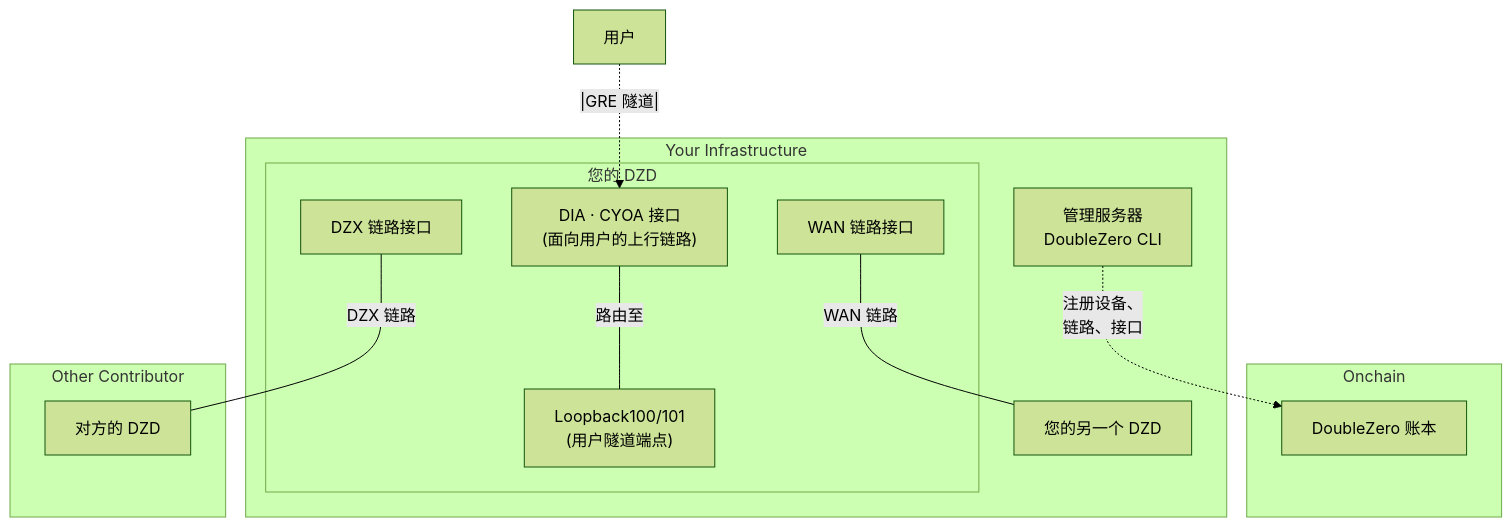
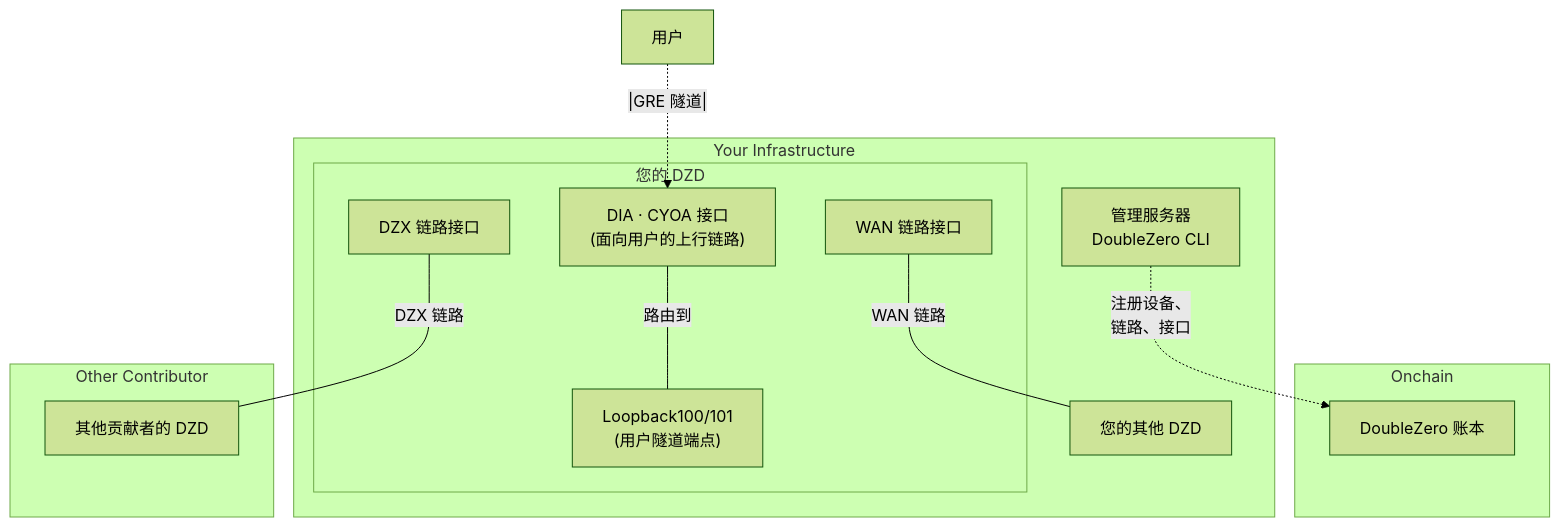
The first of 9 diagrams in docs/contribute-provisioning.zh.md (malbeclabs/docs), drawn with Mermaid (forest theme) before and after one commit. The commit also changed other lines of this file and 27 other files, not shown here.

````diff
--- a/docs/contribute-provisioning.zh.md
+++ b/docs/contribute-provisioning.zh.md
@@ -50,29 +50,29 @@
 ```mermaid
 flowchart TB
     subgraph Onchain
         SC[DoubleZero 账本]
     end
 
     subgraph Your Infrastructure
         MGMT[管理服务器<br/>DoubleZero CLI]
         subgraph DZD[您的 DZD]
             CYOA["DIA · CYOA 接口<br/>(面向用户的上行链路)"]
             WAN_INTF["WAN 链路接口"]
             DZX_INTF["DZX 链路接口"]
             LO100["Loopback100/101<br/>(用户隧道端点)"]
         end
-        DZD2[您的另一个 DZD]
+        DZD2[您的其他 DZD]
     end
 
     subgraph Other Contributor
-        OtherDZD[对方的 DZD]
+        OtherDZD[其他贡献者的 DZD]
     end
 
     USERS["用户"]
 
     MGMT -.->|注册设备、<br/>链路、接口| SC
     WAN_INTF ---|WAN 链路| DZD2
     DZX_INTF ---|DZX 链路| OtherDZD
     USERS -.|GRE 隧道|.-> CYOA
-    CYOA ---|路由至| LO100
+    CYOA ---|路由到| LO100
 ```
````
